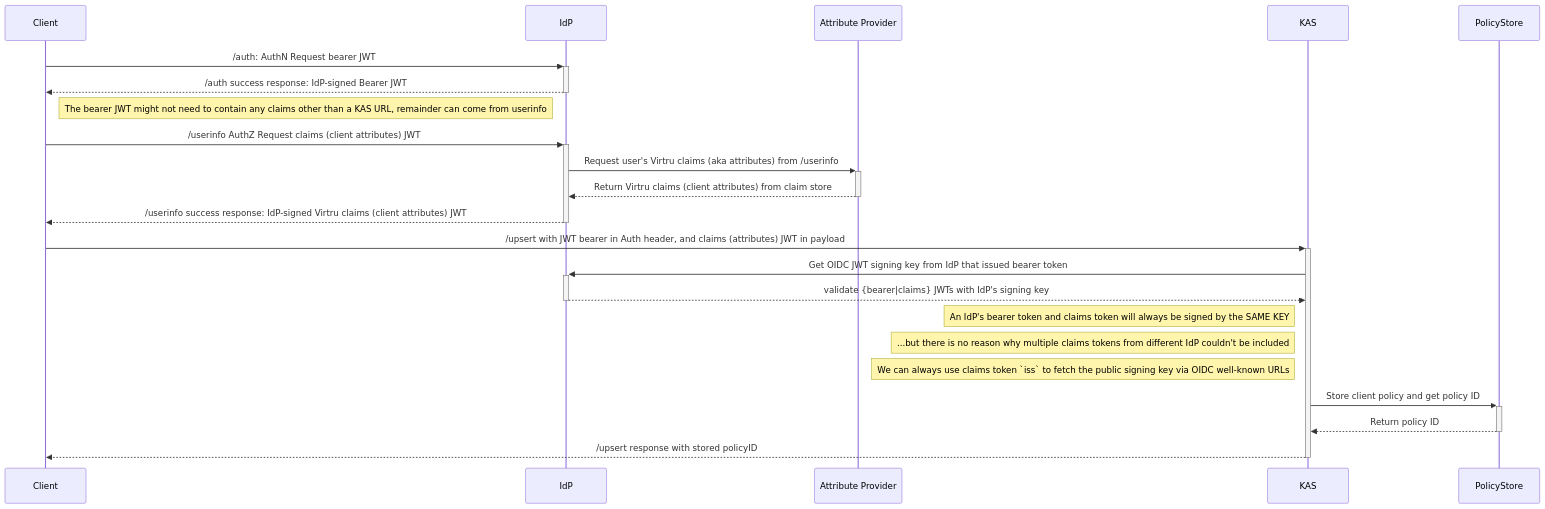
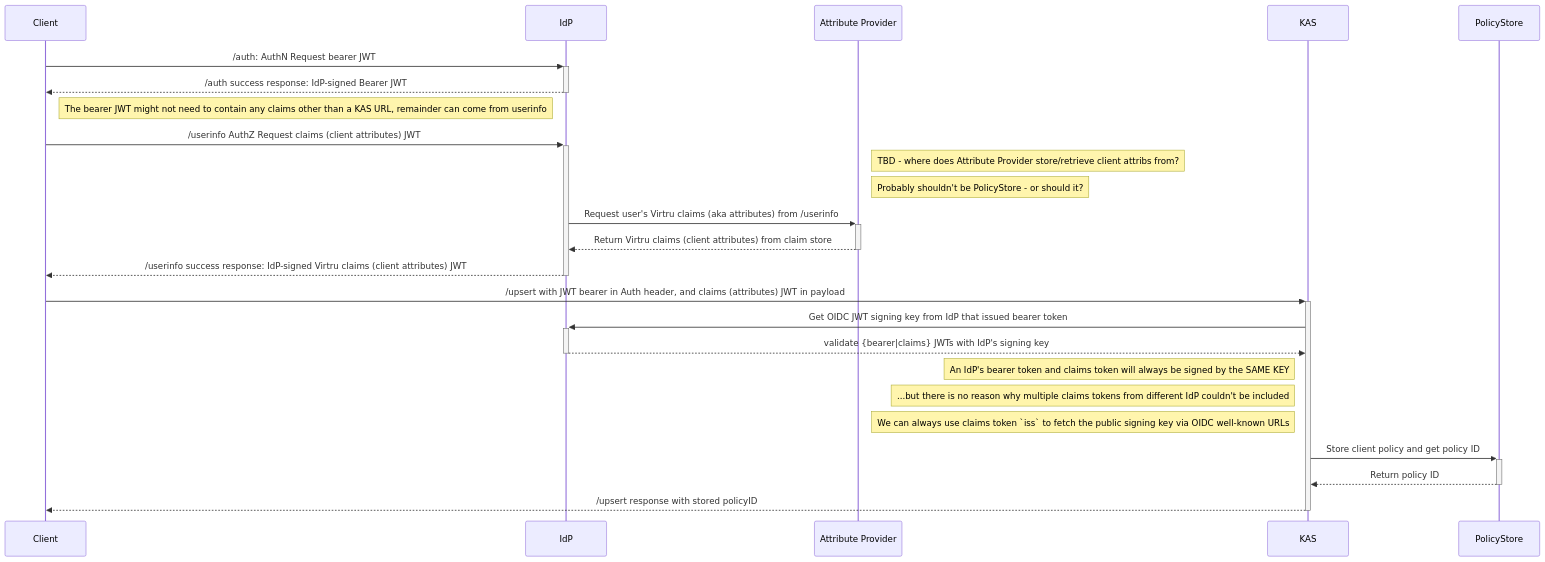
One commit to opentdf/spec changed the diagram in diagrams/oidc-online-upsert.mmd. Above: the diagram before and after it, drawn with Mermaid. The commit also changed 10 other files, not shown here.

```diff
--- a/diagrams/oidc-online-upsert.mmd
+++ b/diagrams/oidc-online-upsert.mmd
@@ -1,27 +1,32 @@
 sequenceDiagram
 
     participant Client
     participant IdP
     participant Attribute Provider
     participant KAS
     participant PolicyStore
 
+
+
         Client->>+IdP: /auth: AuthN Request bearer JWT
         IdP-->>-Client: /auth success response: IdP-signed Bearer JWT
         Note right of Client: The bearer JWT might not need to contain any claims other than a KAS URL, remainder can come from userinfo
 
         Client->>+IdP: /userinfo AuthZ Request claims (client attributes) JWT
+        Note right of Attribute Provider: TBD - where does Attribute Provider store/retrieve client attribs from?
+        Note right of Attribute Provider: Probably shouldn't be PolicyStore - or should it?
         IdP->>+Attribute Provider: Request user's Virtru claims (aka attributes) from /userinfo
+
         Attribute Provider-->>-IdP: Return Virtru claims (client attributes) from claim store
         IdP-->>-Client: /userinfo success response: IdP-signed Virtru claims (client attributes) JWT
 
         Client->>+KAS: /upsert with JWT bearer in Auth header, and claims (attributes) JWT in payload
         KAS->>+IdP: Get OIDC JWT signing key from IdP that issued bearer token
         IdP-->>-KAS: validate {bearer|claims} JWTs with IdP's signing key
         Note left of KAS: An IdP's bearer token and claims token will always be signed by the SAME KEY
         Note left of KAS: ...but there is no reason why multiple claims tokens from different IdP couldn't be included
         Note left of KAS: We can always use claims token `iss` to fetch the public signing key via OIDC well-known URLs
         KAS->>+PolicyStore: Store client policy and get policy ID
         PolicyStore-->>-KAS: Return policy ID
 
         KAS-->>-Client: /upsert response with stored policyID
```
